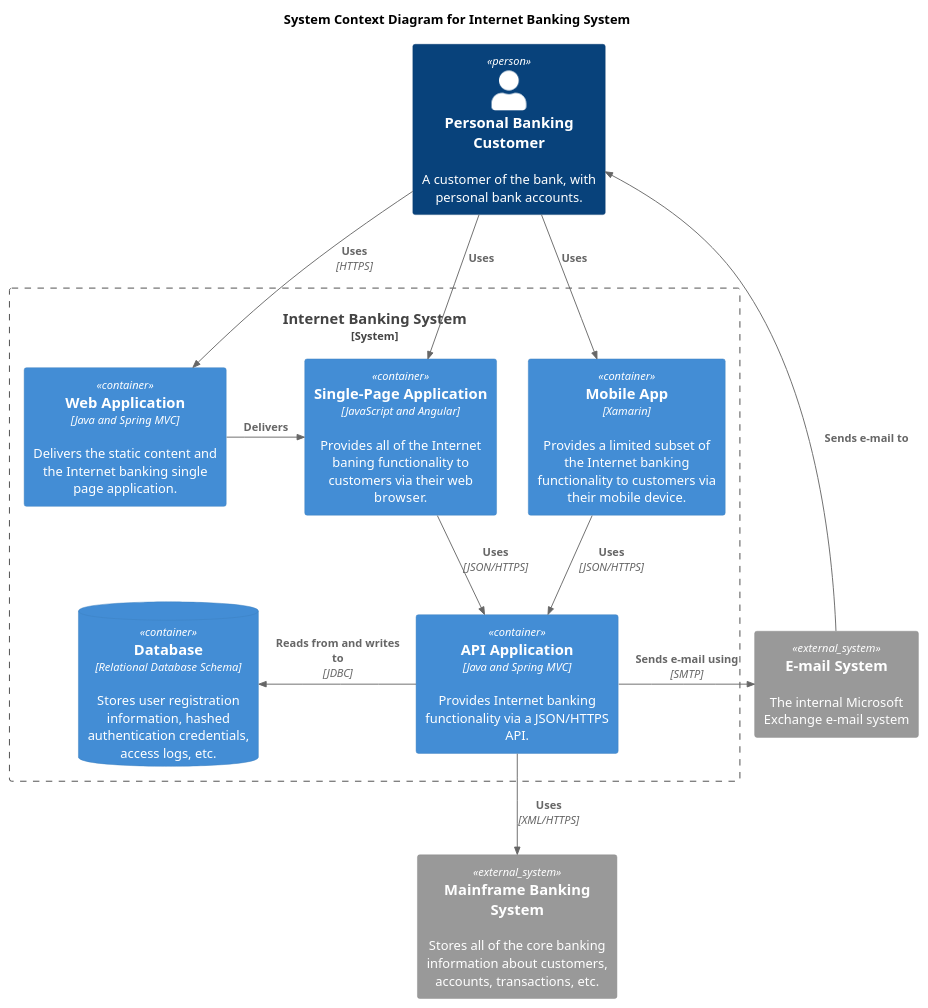
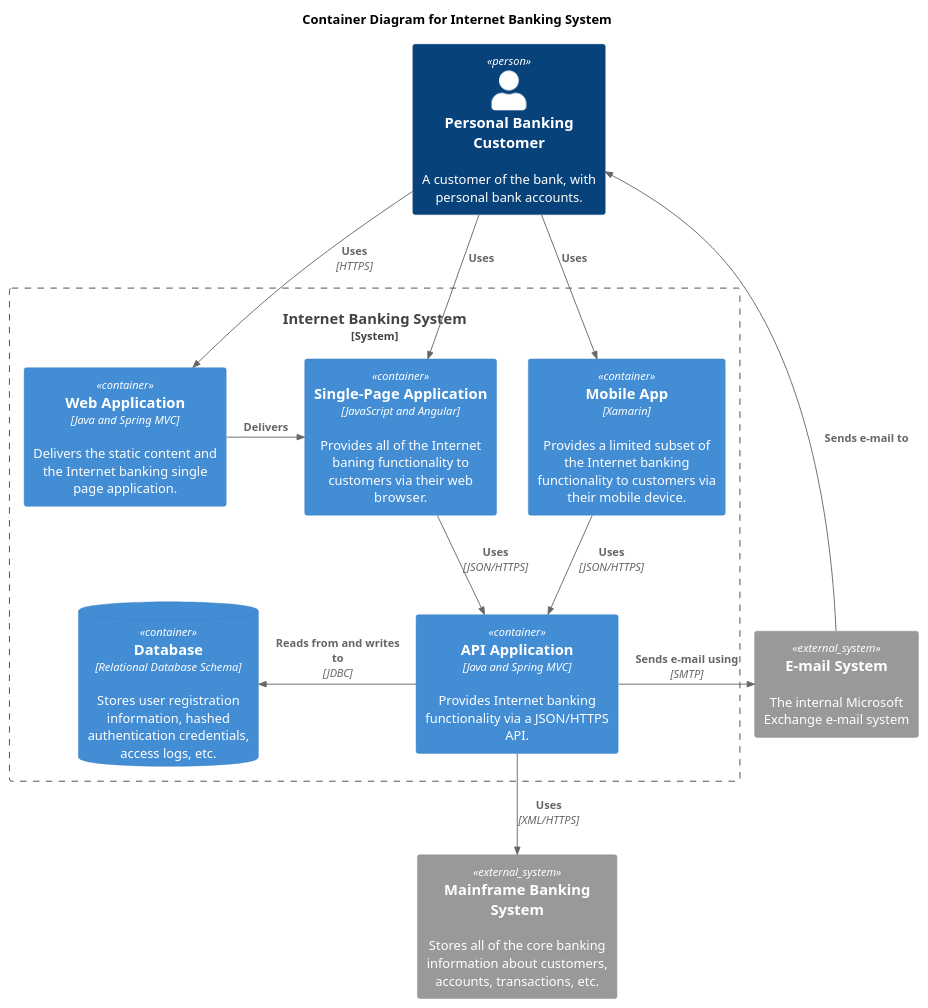
One commit to howiehu/c4-plantuml-demo changed the diagram in container.puml. Above: the diagram before and after it, drawn with PlantUML.

Commit message:
fix title issue for container diagram

```diff
--- a/container.puml
+++ b/container.puml
@@ -1,36 +1,36 @@
 @startuml
 !includeurl https://raw.githubusercontent.com/RicardoNiepel/C4-PlantUML/release/1-0/C4_Container.puml
 
-title System Context Diagram for Internet Banking System
+title Container Diagram for Internet Banking System
 
 Person(customer, "Personal Banking Customer", "A customer of the bank, with personal bank accounts.")
 
 System_Boundary(system_boundary, "Internet Banking System"){
     Container(web_app, "Web Application", "Java and Spring MVC", "Delivers the static content and the Internet banking single page application.")
     Container(spa, "Single-Page Application", "JavaScript and Angular", "Provides all of the Internet baning functionality to customers via their web browser.")
     Container(mobile, "Mobile App", "Xamarin", "Provides a limited subset of the Internet banking functionality to customers via their mobile device.")
     Container(backend_api, "API Application", "Java and Spring MVC", "Provides Internet banking functionality via a JSON/HTTPS API.")
     ContainerDb(database, "Database", "Relational Database Schema", "Stores user registration information, hashed authentication credentials, access logs, etc.")
 }
 
 System_Ext(mainframe, "Mainframe Banking System", "Stores all of the core banking information about customers, accounts, transactions, etc.")
 System_Ext(email_system, "E-mail System", "The internal Microsoft Exchange e-mail system")
 
 
 Rel(customer, web_app, "Uses", "HTTPS")
 Rel(customer, spa, "Uses")
 Rel(customer, mobile, "Uses")
 
 Rel_Neighbor(web_app, spa, "Delivers")
 
 Rel(spa, backend_api, "Uses", "JSON/HTTPS")
 
 Rel(mobile, backend_api, "Uses", "JSON/HTTPS")
 
 Rel(backend_api, mainframe, "Uses", "XML/HTTPS")
 Rel_Neighbor(backend_api, email_system, "Sends e-mail using", "SMTP")
 Rel_Back(customer, email_system, "Sends e-mail to")
 
 Rel_Back_Neighbor(database, backend_api, "Reads from and writes to", "JDBC")
 
 @enduml
```
